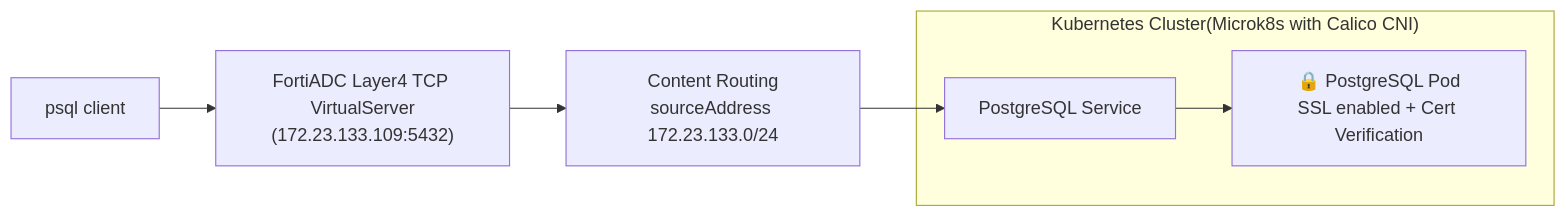
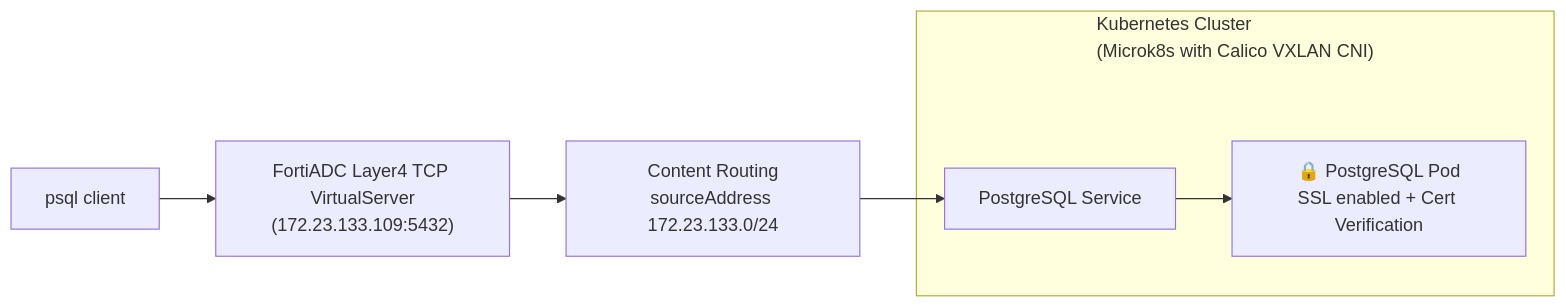
Before and after one commit to YuTingLais/fortiadc-kubernetes-controller: the first of 3 diagrams in demo.md, drawn with Mermaid. The commit also changed other lines of this file and 4 other files, not shown here.

````diff
--- a/demo.md
+++ b/demo.md
@@ -5,13 +5,16 @@
 ```mermaid
 flowchart LR
 
-  subgraph "Kubernetes Cluster(Microk8s with Calico CNI)"
+  subgraph "Kubernetes Cluster<br>(Microk8s with Calico VXLAN CNI)"
+    topdummy[" "]:::invisible
     pgsvc["PostgreSQL Service"]
     sslpg["🔒 PostgreSQL Pod<br>SSL enabled + Cert Verification"]
     pgsvc --> sslpg
   end
 
   client["psql client"] --> l4vs["FortiADC Layer4 TCP VirtualServer<br>(172.23.133.109:5432)"]
   l4vs --> route["Content Routing<br>sourceAddress 172.23.133.0/24"]
   route --> pgsvc
+  classDef invisible fill:none,stroke:none;
+  class topdummy invisible
 ```
````
